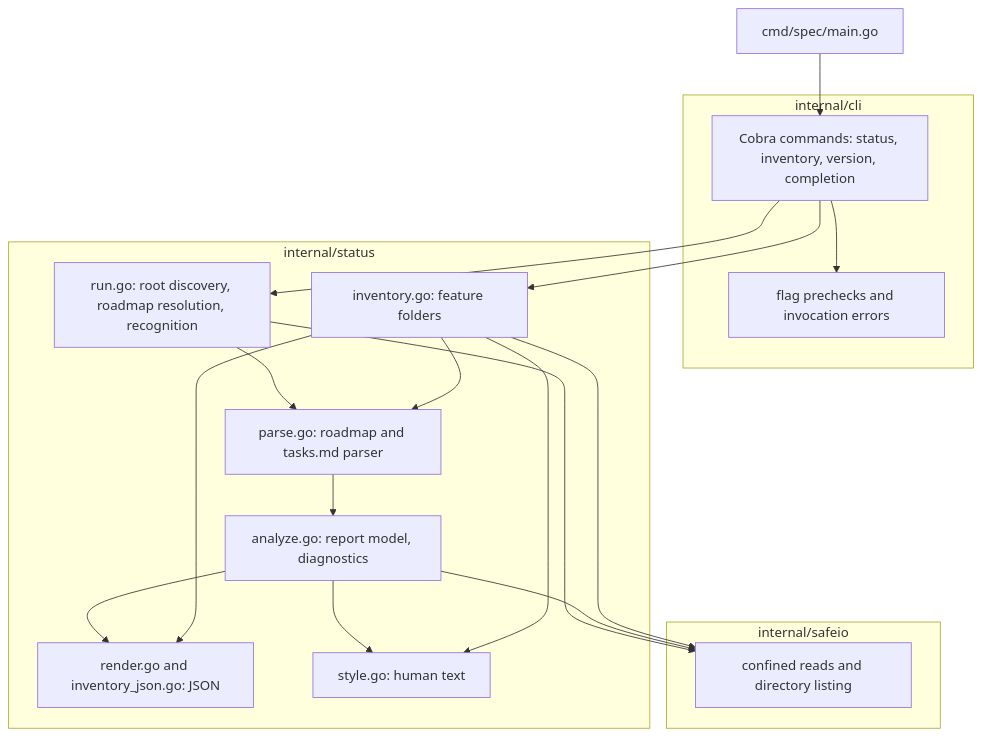
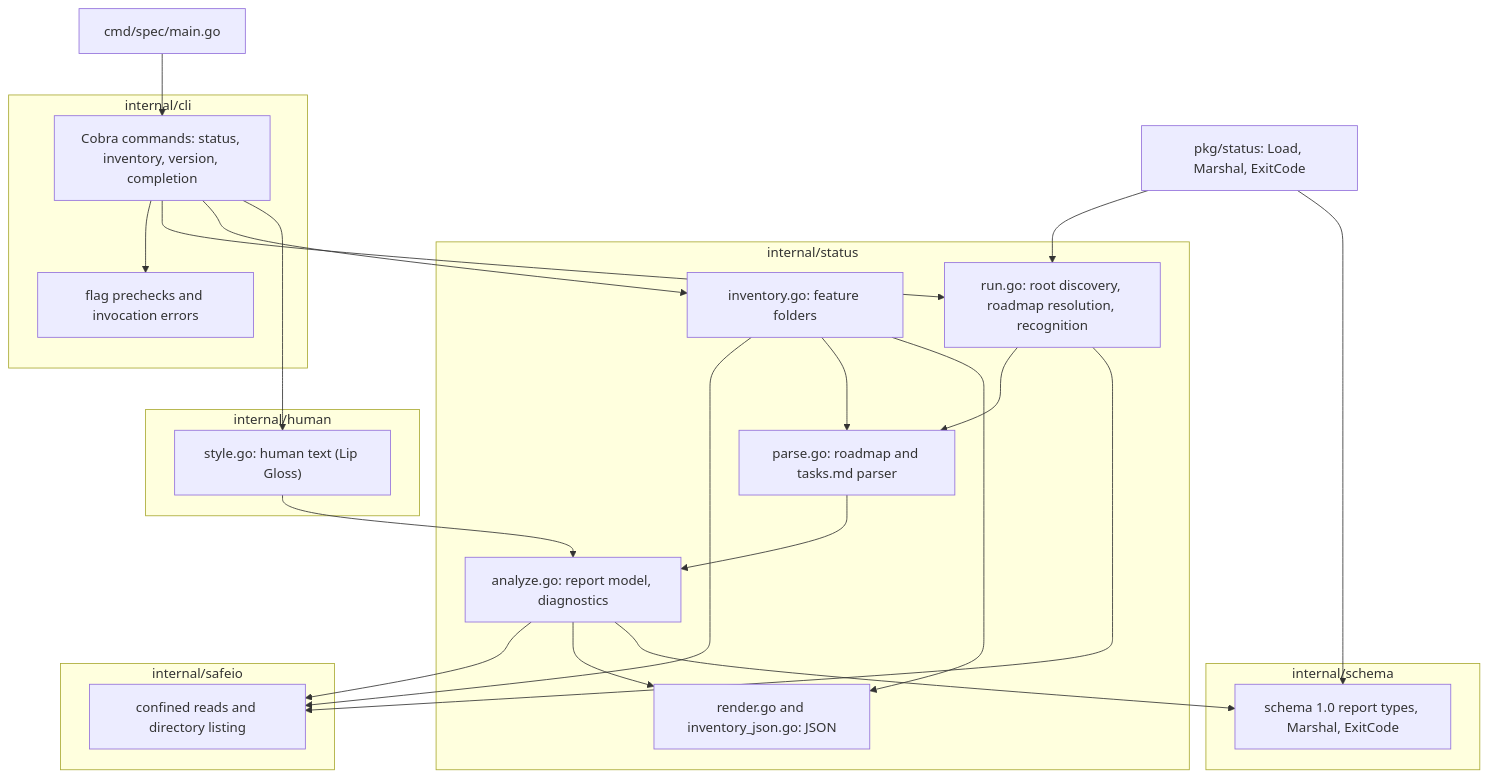
One commit to tosin2013/spec-status changed the third of 5 diagrams in docs/architecture.md. Above: the diagram before and after it, drawn with Mermaid. The commit also changed other lines of this file and 37 other files, not shown here.

First line of the commit message:
Feature 012: public Go package pkg/status (roadmap 018, #65).

````diff
--- a/docs/architecture.md
+++ b/docs/architecture.md
@@ -72,33 +73,42 @@
 ```mermaid
 flowchart TB
   main["cmd/spec/main.go"]
   subgraph cli [internal/cli]
     cmd["Cobra commands: status, inventory, version, completion"]
     pre["flag prechecks and invocation errors"]
   end
   subgraph status [internal/status]
     run["run.go: root discovery, roadmap resolution, recognition"]
     parse["parse.go: roadmap and tasks.md parser"]
     analyze["analyze.go: report model, diagnostics"]
     inv["inventory.go: feature folders"]
     render["render.go and inventory_json.go: JSON"]
-    txt["style.go: human text"]
   end
+  subgraph human [internal/human]
+    txt["style.go: human text (Lip Gloss)"]
+  end
+  subgraph schema [internal/schema]
+    types["schema 1.0 report types, Marshal, ExitCode"]
+  end
+  lib["pkg/status: Load, Marshal, ExitCode"]
   subgraph safeio [internal/safeio]
     fs["confined reads and directory listing"]
   end
   main --> cmd
   cmd --> pre
   cmd --> run
   cmd --> inv
   run --> parse
   parse --> analyze
   run --> fs
   analyze --> fs
   inv --> fs
   inv --> parse
   analyze --> render
-  analyze --> txt
+  cmd --> txt
+  txt --> analyze
   inv --> render
-  inv --> txt
+  analyze --> types
+  lib --> run
+  lib --> types
 ```
````
